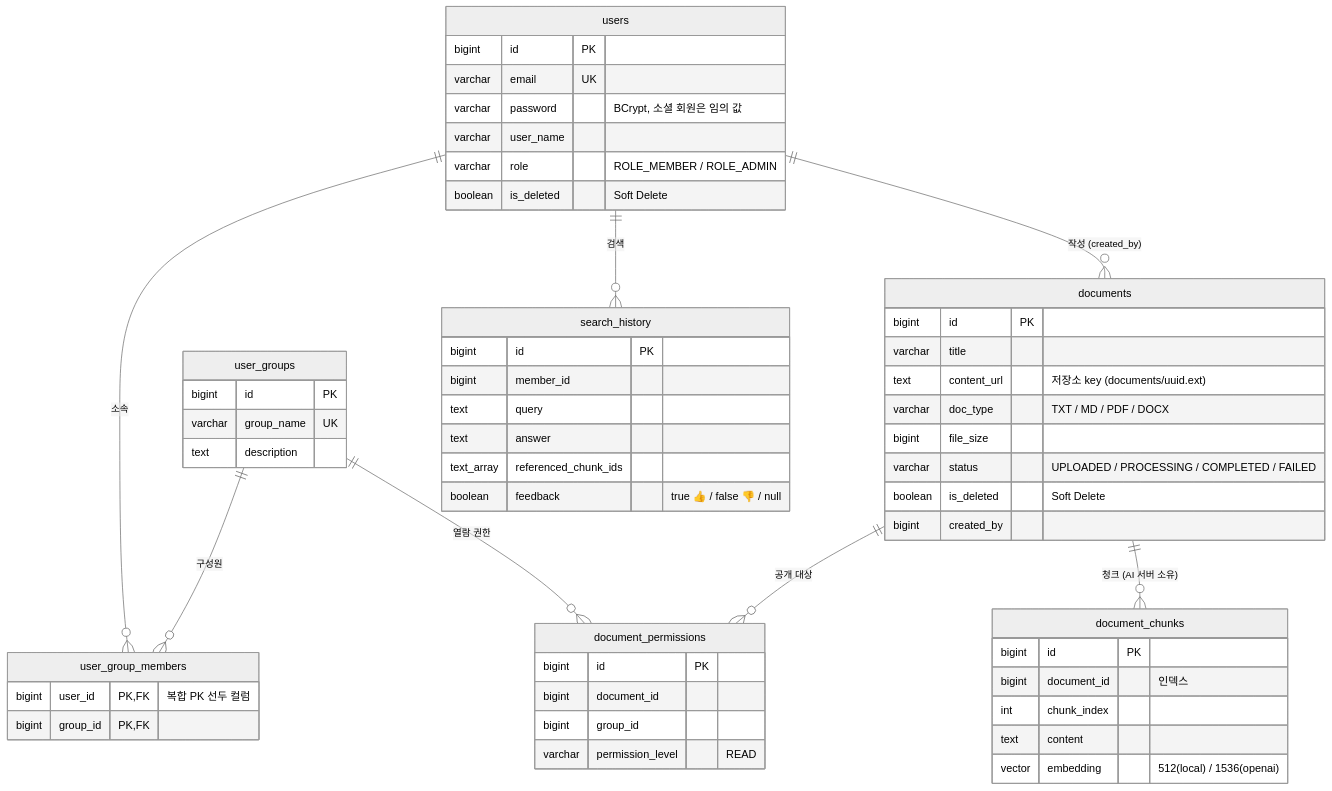
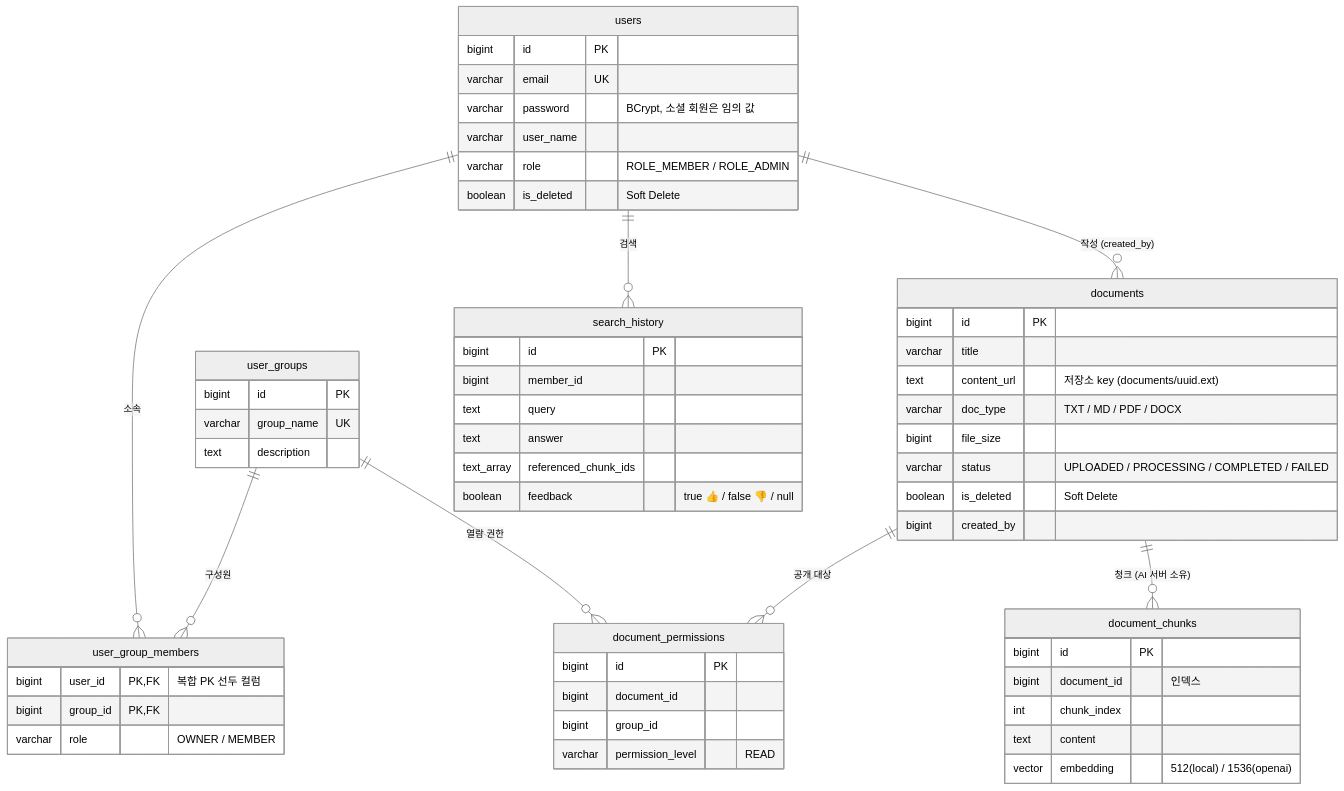
Before and after one commit to well0924/rag_wiki_project_backend: the first of 7 diagrams in docs/business-logic.md, drawn with Mermaid (neutral theme). The commit also changed other lines of this file and 19 other files, not shown here.

````diff
--- a/docs/business-logic.md
+++ b/docs/business-logic.md
@@ -10,59 +10,60 @@
 ```mermaid
 erDiagram
     users ||--o{ user_group_members : "소속"
     user_groups ||--o{ user_group_members : "구성원"
     user_groups ||--o{ document_permissions : "열람 권한"
     documents ||--o{ document_permissions : "공개 대상"
     users ||--o{ documents : "작성 (created_by)"
     documents ||--o{ document_chunks : "청크 (AI 서버 소유)"
     users ||--o{ search_history : "검색"
 
     users {
         bigint id PK
         varchar email UK
         varchar password "BCrypt, 소셜 회원은 임의 값"
         varchar user_name
         varchar role "ROLE_MEMBER / ROLE_ADMIN"
         boolean is_deleted "Soft Delete"
     }
     user_groups {
         bigint id PK
         varchar group_name UK
         text description
     }
     user_group_members {
         bigint user_id PK, FK "복합 PK 선두 컬럼"
         bigint group_id PK, FK
+        varchar role "OWNER / MEMBER"
     }
     documents {
         bigint id PK
         varchar title
         text content_url "저장소 key (documents/uuid.ext)"
         varchar doc_type "TXT / MD / PDF / DOCX"
         bigint file_size
         varchar status "UPLOADED / PROCESSING / COMPLETED / FAILED"
         boolean is_deleted "Soft Delete"
         bigint created_by
     }
     document_permissions {
         bigint id PK
         bigint document_id
         bigint group_id
         varchar permission_level "READ"
     }
     document_chunks {
         bigint id PK
         bigint document_id "인덱스"
         int chunk_index
         text content
         vector embedding "512(local) / 1536(openai)"
     }
     search_history {
         bigint id PK
         bigint member_id
         text query
         text answer
         text_array referenced_chunk_ids
         boolean feedback "true 👍 / false 👎 / null"
     }
 ```
````
